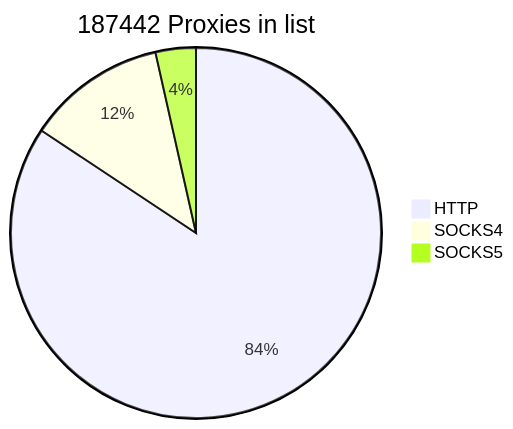
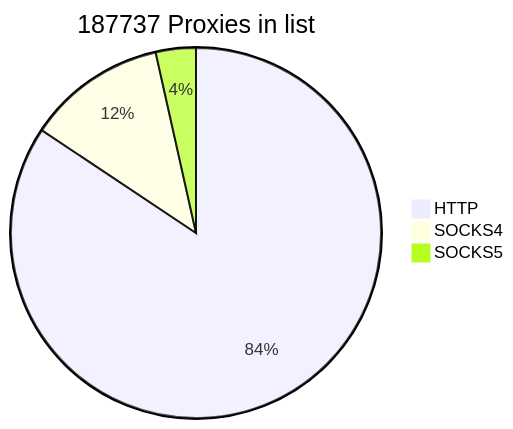
The first of 2 diagrams in README.md (cutipu/proxylist), drawn with Mermaid before and after one commit. The commit also changed other lines of this file, not shown here.

````diff
--- a/README.md
+++ b/README.md
@@ -2,7 +2,7 @@
 ```mermaid
-pie title 187442 Proxies in list
-    "HTTP" : 158048
-    "SOCKS4" : 22800
-    "SOCKS5" : 6594
+pie title 187737 Proxies in list
+    "HTTP" : 158360
+    "SOCKS4" : 22806
+    "SOCKS5" : 6571
             
 ```
````
